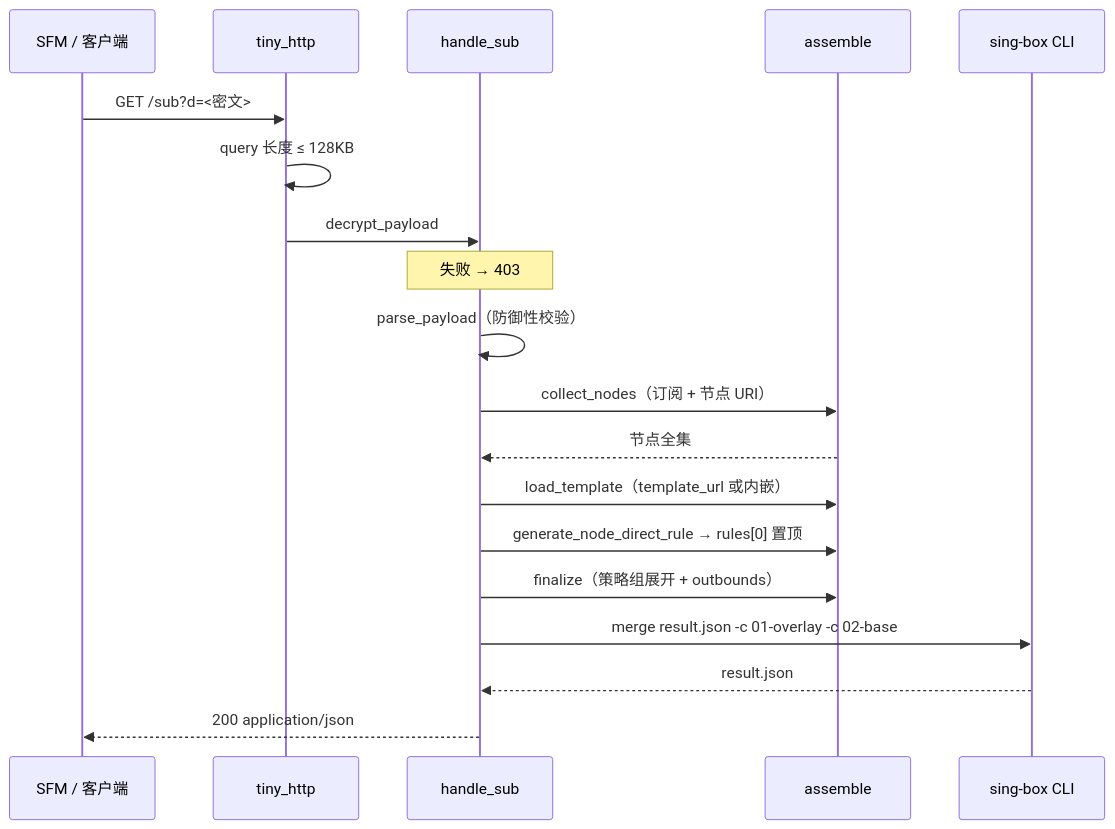
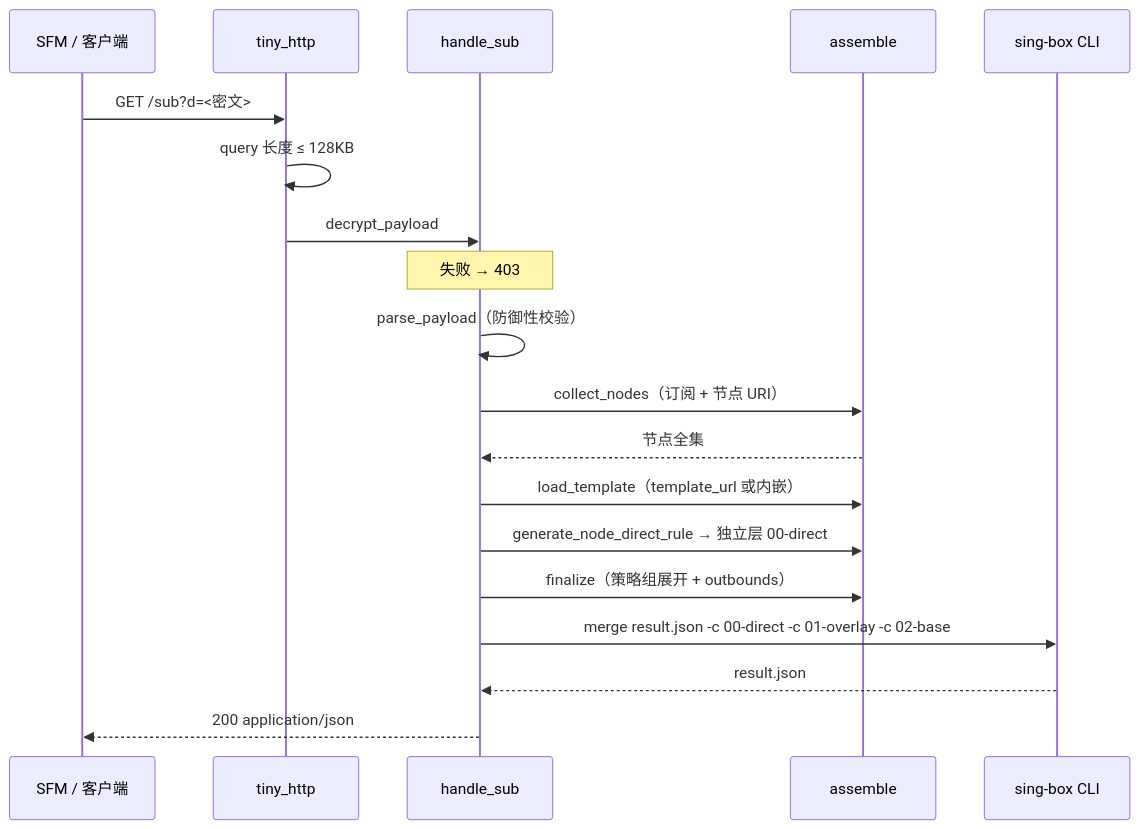
One commit to shelken/proxy changed the second of 4 diagrams in docs/sb-sync.md. Above: the diagram before and after it, drawn with Mermaid. The commit also changed other lines of this file and 5 other files, not shown here.

````diff
--- a/docs/sb-sync.md
+++ b/docs/sb-sync.md
@@ -88,22 +88,22 @@
 ```mermaid
 sequenceDiagram
     participant SFM as SFM / 客户端
     participant H as tiny_http
     participant Hd as handle_sub
     participant As as assemble
     participant CLI as sing-box CLI
 
     SFM->>H: GET /sub?d=<密文>
     H->>H: query 长度 ≤ 128KB
     H->>Hd: decrypt_payload
     Note over Hd: 失败 → 403
     Hd->>Hd: parse_payload（防御性校验）
     Hd->>As: collect_nodes（订阅 + 节点 URI）
     As-->>Hd: 节点全集
     Hd->>As: load_template（template_url 或内嵌）
-    Hd->>As: generate_node_direct_rule → rules[0] 置顶
+    Hd->>As: generate_node_direct_rule → 独立层 00-direct
     Hd->>As: finalize（策略组展开 + outbounds）
-    Hd->>CLI: merge result.json -c 01-overlay -c 02-base
+    Hd->>CLI: merge result.json -c 00-direct -c 01-overlay -c 02-base
     CLI-->>Hd: result.json
     Hd-->>SFM: 200 application/json
 ```
````
